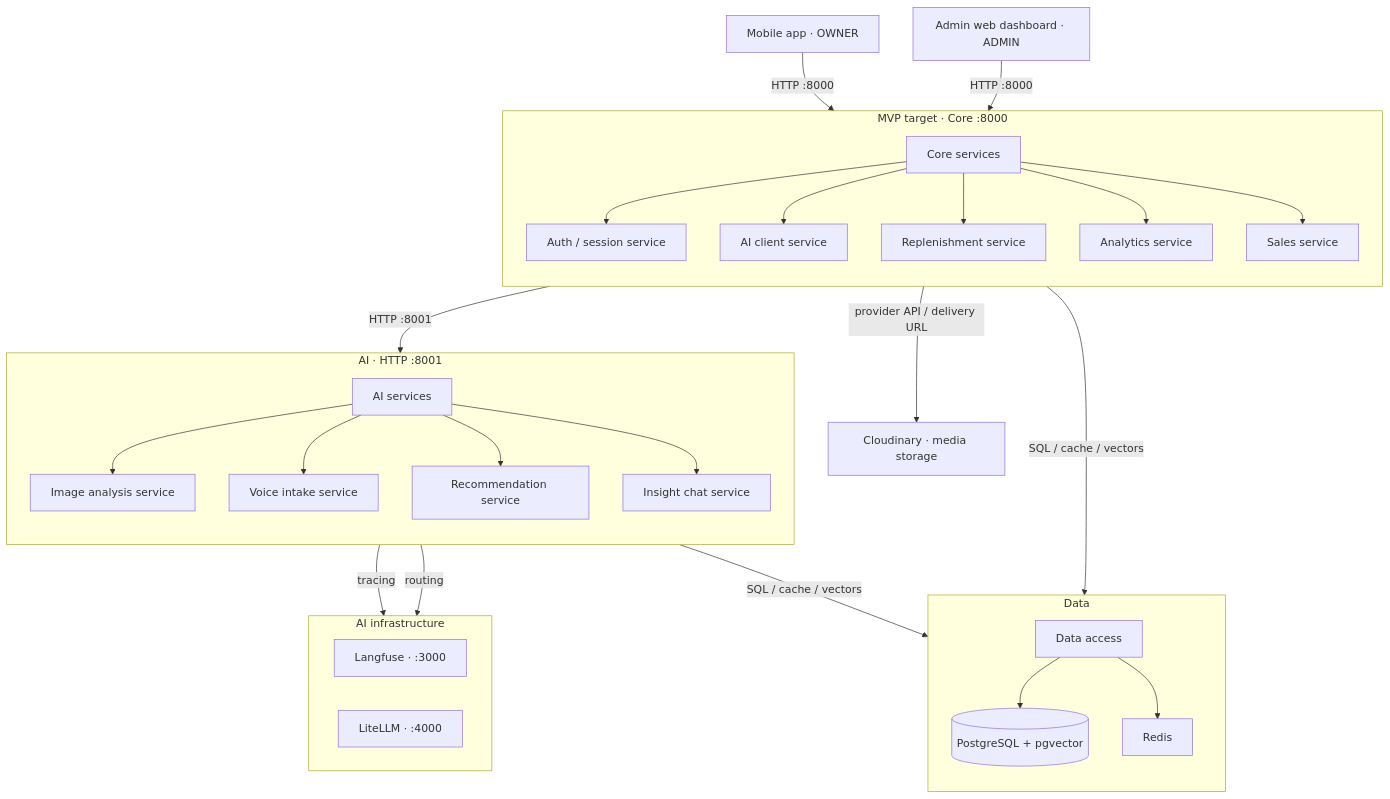
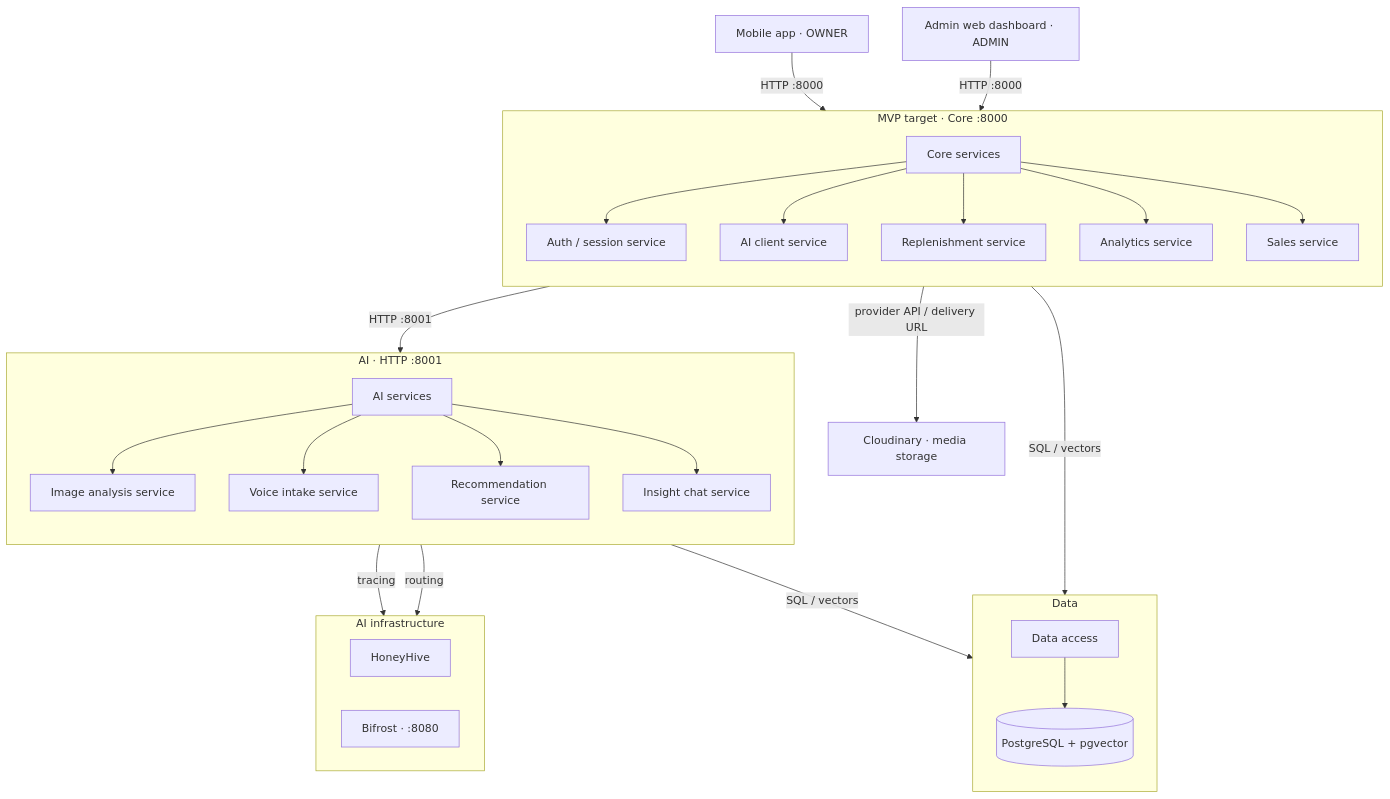
One commit to miphu2804/smart-ledger changed the diagram in docs/architecture/diagrams/src/architecture.mmd. Above: the diagram before and after it, drawn with Mermaid. The commit also changed 41 other files, not shown here.

Commit message:
feat(ai): trace turn outcomes in honeyhive and drop redis

```diff
--- a/docs/architecture/diagrams/src/architecture.mmd
+++ b/docs/architecture/diagrams/src/architecture.mmd
@@ -1,59 +1,57 @@
 %% SmartLedger — MVP target architecture
 %% Rendered: ../images/architecture.svg, ../images/architecture.png
 %% Editable: architecture.drawio
 flowchart TB
     mobile["Mobile app · OWNER"]
     admin_web["Admin web dashboard · ADMIN"]
     cloudinary["Cloudinary · media storage"]
 
     subgraph core["MVP target · Core :8000"]
         direction TB
         core_hub["Core services"]
         auth["Auth / session service"]
         ai_client["AI client service"]
         replenishment["Replenishment service"]
         analytics["Analytics service"]
         sales["Sales service"]
         core_hub --> auth
         core_hub --> ai_client
         core_hub --> replenishment
         core_hub --> analytics
         core_hub --> sales
     end
 
     subgraph data["Data"]
         direction TB
         data_access["Data access"]
         postgres[("PostgreSQL + pgvector")]
-        redis["Redis"]
         data_access --> postgres
-        data_access --> redis
     end
 
     subgraph ai_infra["AI infrastructure"]
         direction LR
-        langfuse["Langfuse · :3000"]
-        litellm["LiteLLM · :4000"]
+        honeyhive["HoneyHive"]
+        bifrost["Bifrost · :8080"]
     end
 
     subgraph ai["AI · HTTP :8001"]
         direction TB
         ai_hub["AI services"]
         ai_image["Image analysis service"]
         ai_voice["Voice intake service"]
         ai_rec["Recommendation service"]
         ai_chat["Insight chat service"]
         ai_hub --> ai_image
         ai_hub --> ai_voice
         ai_hub --> ai_rec
         ai_hub --> ai_chat
     end
 
     mobile -->|"HTTP :8000"| core_hub
     admin_web -->|"HTTP :8000"| core_hub
-    core_hub -->|"SQL / cache / vectors"| data_access
+    core_hub -->|"SQL / vectors"| data_access
     core_hub -->|"provider API / delivery URL"| cloudinary
     core_hub -->|"HTTP :8001"| ai_hub
-    ai_hub -->|"SQL / cache / vectors"| data_access
-    ai_hub -->|"tracing"| langfuse
-    ai_hub -->|"routing"| litellm
+    ai_hub -->|"SQL / vectors"| data_access
+    ai_hub -->|"tracing"| honeyhive
+    ai_hub -->|"routing"| bifrost
```
